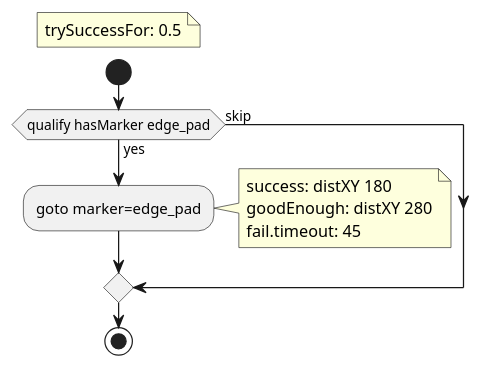
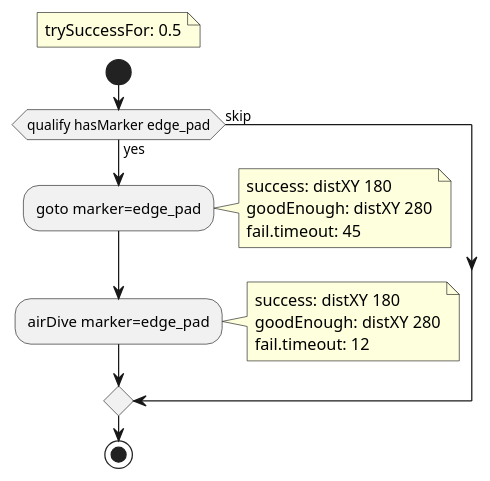
The diagram in Config/BotBooks/edge_pad.puml (JacksIndulgentMind/Calling), drawn with PlantUML before and after one commit. The commit also changed 11 other files, not shown here.

```diff
--- a/Config/BotBooks/edge_pad.puml
+++ b/Config/BotBooks/edge_pad.puml
@@ -1,16 +1,22 @@
 @startuml edge_pad
 floating note
 trySuccessFor: 0.5
 end note
 start
 if (qualify hasMarker edge_pad) then (yes)
   :goto marker=edge_pad;
   note right
     success: distXY 180
     goodEnough: distXY 280
     fail.timeout: 45
   end note
+  :airDive marker=edge_pad;
+  note right
+    success: distXY 180
+    goodEnough: distXY 280
+    fail.timeout: 12
+  end note
 else (skip)
 endif
 stop
 @enduml
```
